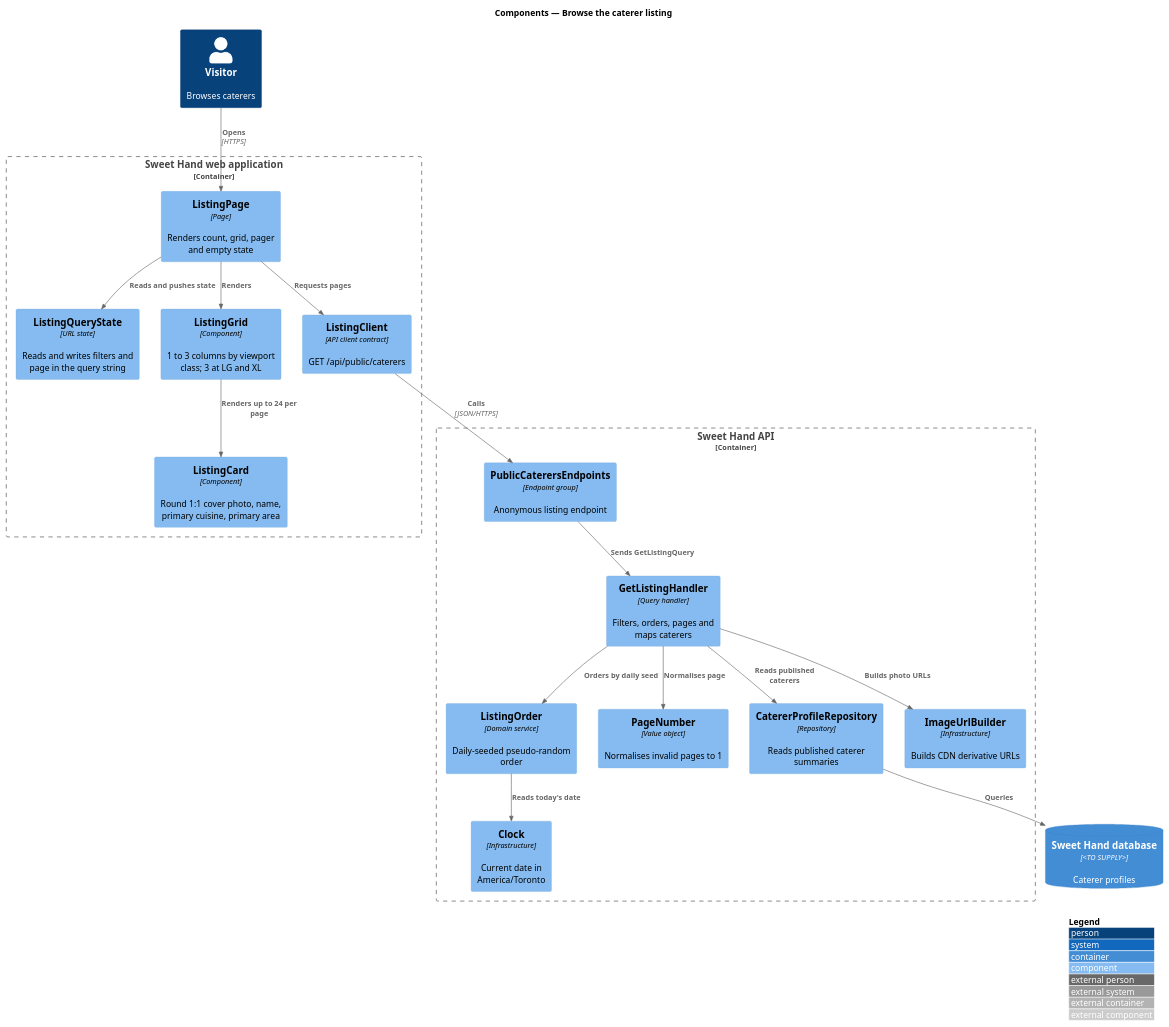
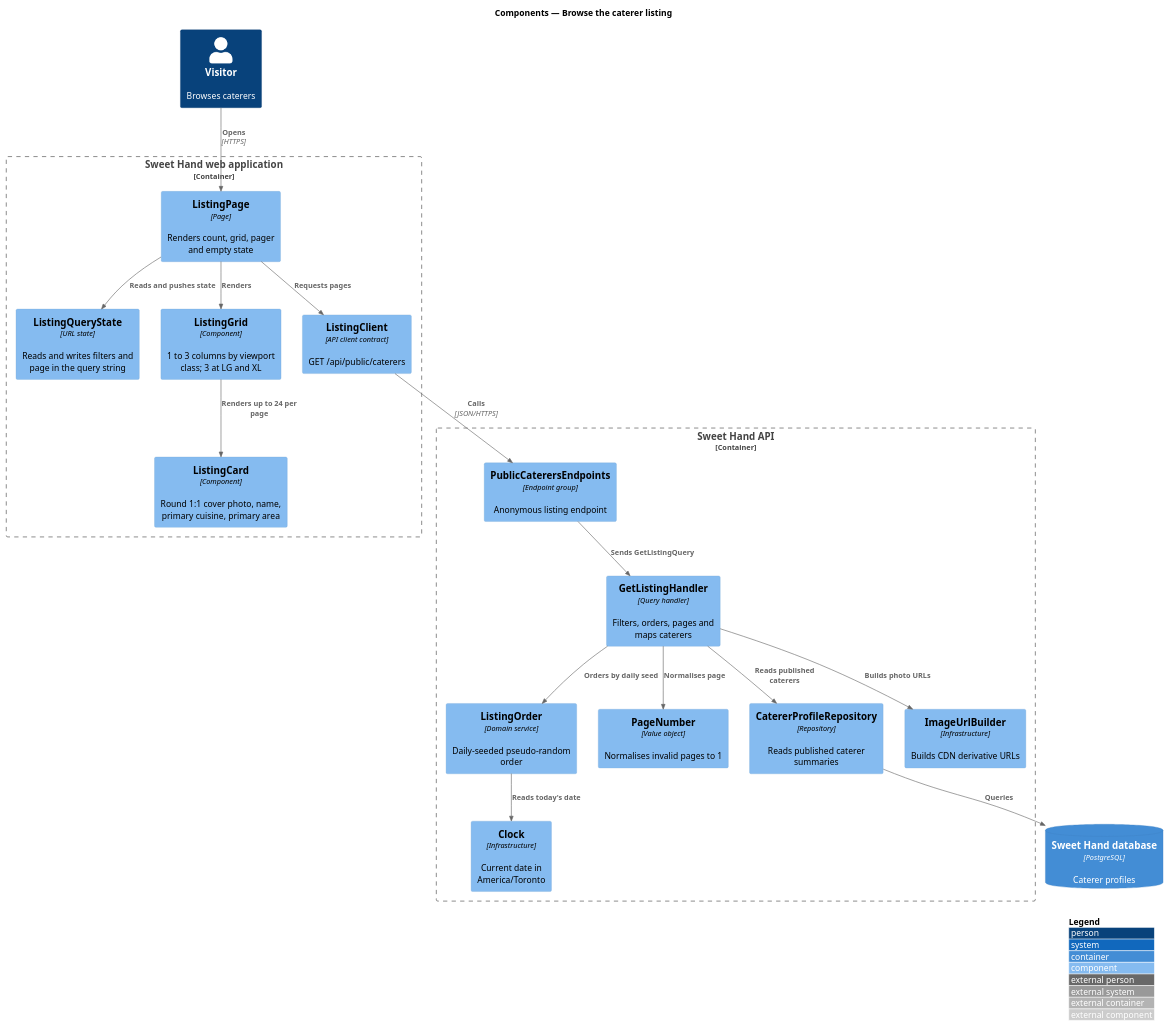
One commit to QuinntyneBrown/sweet-hand changed the diagram in docs/detailed-designs/discovery/browse-listing/diagrams/c4-component.puml. Above: the diagram before and after it, drawn with PlantUML. The commit also changed 32 other files, not shown here.

```diff
--- a/docs/detailed-designs/discovery/browse-listing/diagrams/c4-component.puml
+++ b/docs/detailed-designs/discovery/browse-listing/diagrams/c4-component.puml
@@ -1,38 +1,38 @@
 @startuml
 !include <C4/C4_Component>
 LAYOUT_WITH_LEGEND()
 title Components — Browse the caterer listing
 
 Person(visitor, "Visitor", "Browses caterers")
 Container_Boundary(web, "Sweet Hand web application") {
   Component(page, "ListingPage", "Page", "Renders count, grid, pager and empty state")
   Component(state, "ListingQueryState", "URL state", "Reads and writes filters and page in the query string")
   Component(grid, "ListingGrid", "Component", "1 to 3 columns by viewport class; 3 at LG and XL")
   Component(card, "ListingCard", "Component", "Round 1:1 cover photo, name, primary cuisine, primary area")
   Component(client, "ListingClient", "API client contract", "GET /api/public/caterers")
 }
 Container_Boundary(api, "Sweet Hand API") {
   Component(endpoints, "PublicCaterersEndpoints", "Endpoint group", "Anonymous listing endpoint")
   Component(handler, "GetListingHandler", "Query handler", "Filters, orders, pages and maps caterers")
   Component(order, "ListingOrder", "Domain service", "Daily-seeded pseudo-random order")
   Component(paging, "PageNumber", "Value object", "Normalises invalid pages to 1")
   Component(repo, "CatererProfileRepository", "Repository", "Reads published caterer summaries")
   Component(images, "ImageUrlBuilder", "Infrastructure", "Builds CDN derivative URLs")
   Component(clock, "Clock", "Infrastructure", "Current date in America/Toronto")
 }
-ContainerDb(db, "Sweet Hand database", "<TO SUPPLY>", "Caterer profiles")
+ContainerDb(db, "Sweet Hand database", "PostgreSQL", "Caterer profiles")
 
 Rel(visitor, page, "Opens", "HTTPS")
 Rel(page, state, "Reads and pushes state")
 Rel(page, grid, "Renders")
 Rel(grid, card, "Renders up to 24 per page")
 Rel(page, client, "Requests pages")
 Rel(client, endpoints, "Calls", "JSON/HTTPS")
 Rel(endpoints, handler, "Sends GetListingQuery")
 Rel(handler, repo, "Reads published caterers")
 Rel(handler, order, "Orders by daily seed")
 Rel(handler, paging, "Normalises page")
 Rel(handler, images, "Builds photo URLs")
 Rel(order, clock, "Reads today's date")
 Rel(repo, db, "Queries")
 @enduml
```
